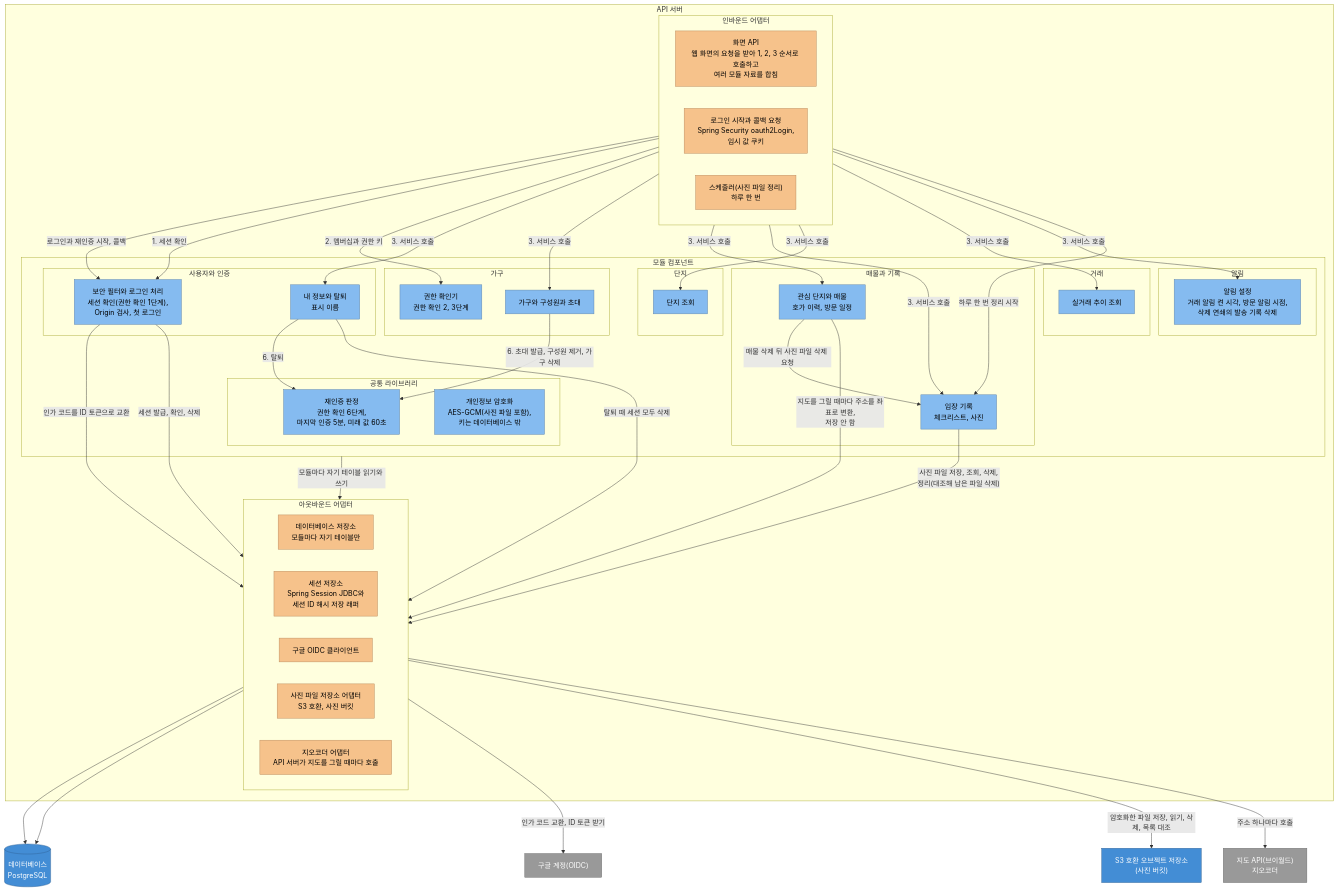
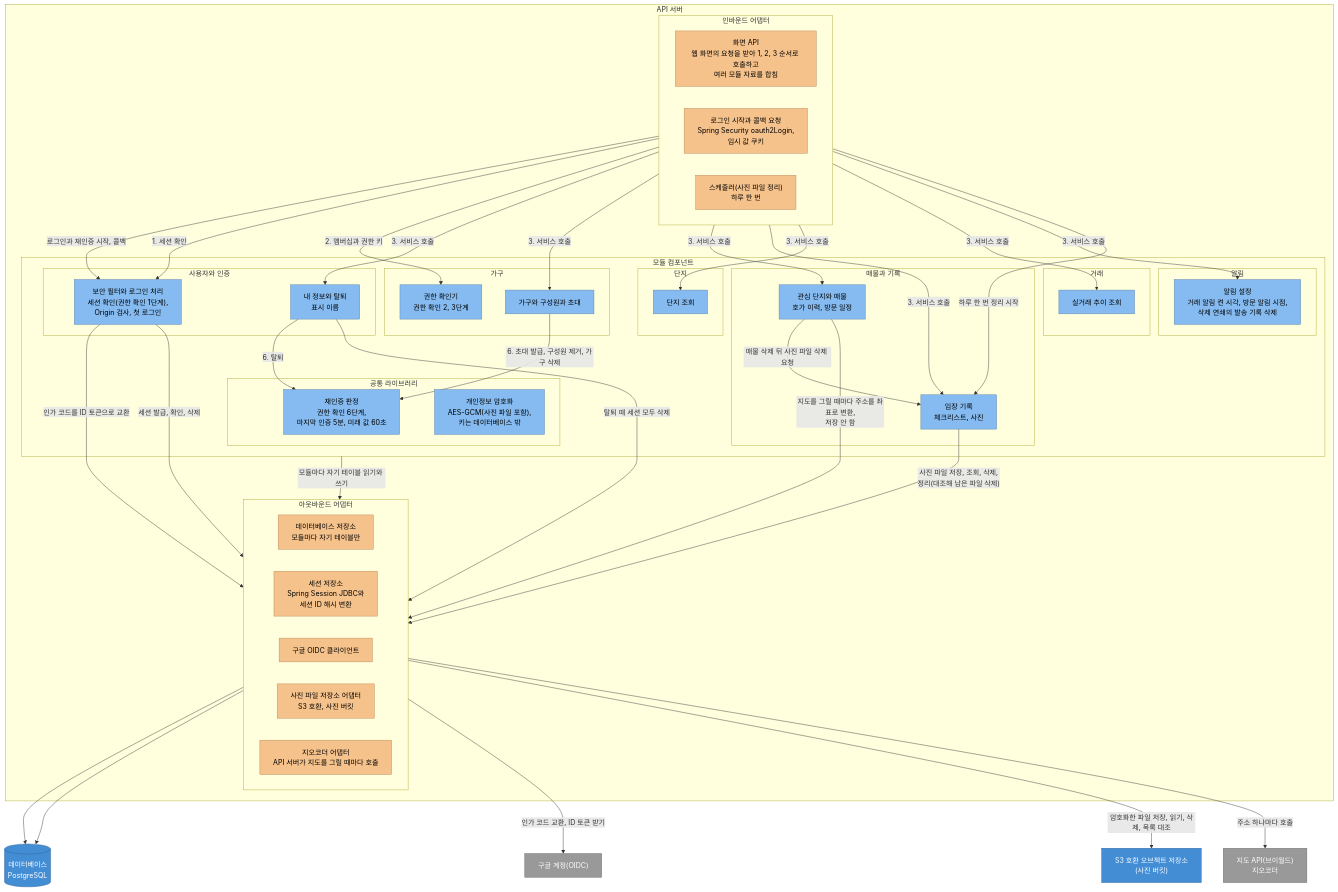
One commit to Park-Seung-Hun/real-estate changed the first of 3 diagrams in docs/architecture/c4-component.md. Above: the diagram before and after it, drawn with Mermaid. The commit also changed other lines of this file and 3 other files, not shown here.

```diff
--- a/docs/architecture/c4-component.md
+++ b/docs/architecture/c4-component.md
@@ -122,7 +122,7 @@
     subgraph outbound["아웃바운드 어댑터"]
       direction LR
       outDb["데이터베이스 저장소<br/>모듈마다 자기 테이블만"]
-      outSession["세션 저장소<br/>Spring Session JDBC와<br/>세션 ID 해시 저장 래퍼"]
+      outSession["세션 저장소<br/>Spring Session JDBC와<br/>세션 ID 해시 변환"]
       outOidc["구글 OIDC 클라이언트"]
       outPhoto["사진 파일 저장소 어댑터<br/>S3 호환, 사진 버킷"]
       outGeo["지오코더 어댑터<br/>API 서버가 지도를 그릴 때마다 호출"]
```
